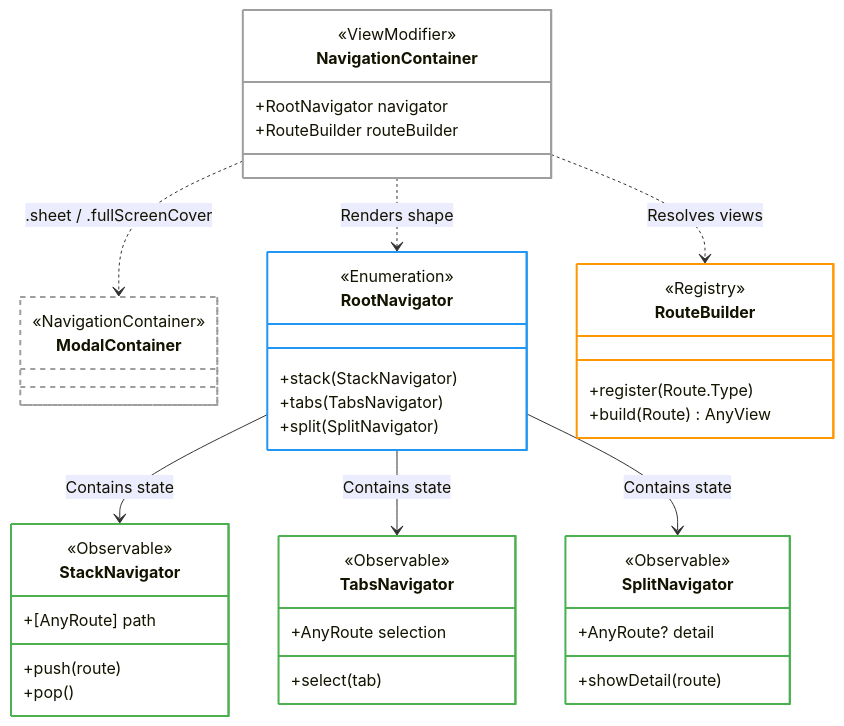
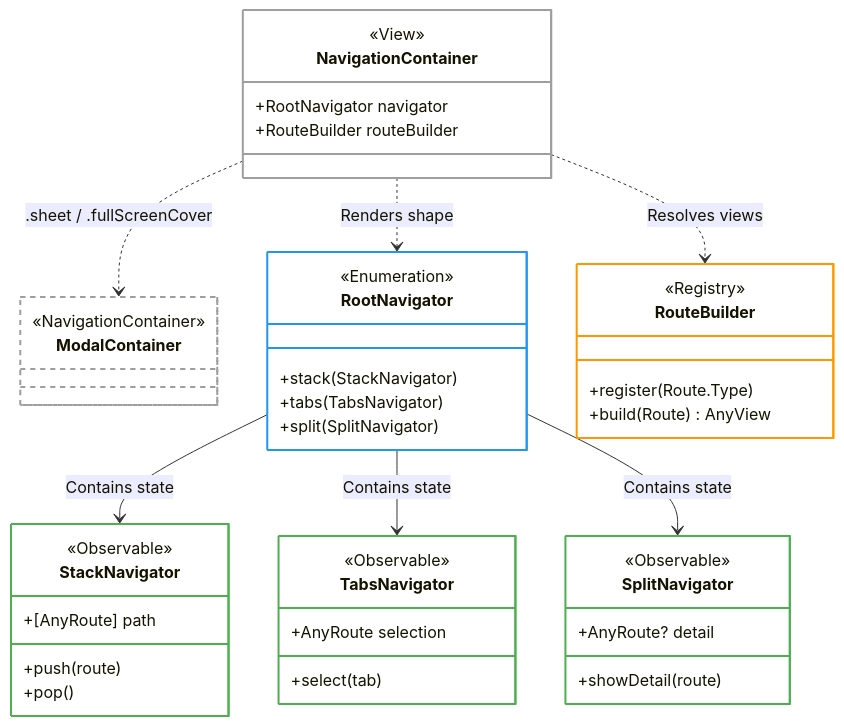
One commit to LinkAndreas/NavigationKit changed the first of 2 diagrams in README.md. Above: the diagram before and after it, drawn with Mermaid. The commit also changed other lines of this file, not shown here.

````diff
--- a/README.md
+++ b/README.md
@@ -170,61 +170,61 @@
 ```mermaid
 classDiagram
     direction TB
     
     class NavigationContainer {
-        <<ViewModifier>>
+        <<View>>
         +RootNavigator navigator
         +RouteBuilder routeBuilder
     }
     
     class ModalContainer {
         <<NavigationContainer>>
     }
     
     class RootNavigator {
         <<Enumeration>>
         +stack(StackNavigator)
         +tabs(TabsNavigator)
         +split(SplitNavigator)
     }
     
     class StackNavigator {
         <<Observable>>
         +[AnyRoute] path
         +push(route)
         +pop()
     }
 
     class TabsNavigator {
         <<Observable>>
         +AnyRoute selection
         +select(tab)
     }
 
     class SplitNavigator {
         <<Observable>>
         +AnyRoute? detail
         +showDetail(route)
     }
     
     class RouteBuilder {
         <<Registry>>
         +register(Route.Type)
         +build(Route) AnyView
     }
 
     NavigationContainer ..> ModalContainer : .sheet / .fullScreenCover
     NavigationContainer ..> RootNavigator : Renders shape
     NavigationContainer ..> RouteBuilder : Resolves views
     RootNavigator --> StackNavigator : Contains state
     RootNavigator --> TabsNavigator : Contains state
     RootNavigator --> SplitNavigator : Contains state
     
     style NavigationContainer fill:transparent,stroke:#9e9e9e,stroke-width:2px
     style ModalContainer fill:transparent,stroke:#9e9e9e,stroke-width:2px,stroke-dasharray: 5 5
     style RootNavigator fill:transparent,stroke:#2196f3,stroke-width:2px
     style StackNavigator fill:transparent,stroke:#4caf50,stroke-width:2px
     style TabsNavigator fill:transparent,stroke:#4caf50,stroke-width:2px
     style SplitNavigator fill:transparent,stroke:#4caf50,stroke-width:2px
     style RouteBuilder fill:transparent,stroke:#ff9800,stroke-width:2px
 ```
````
